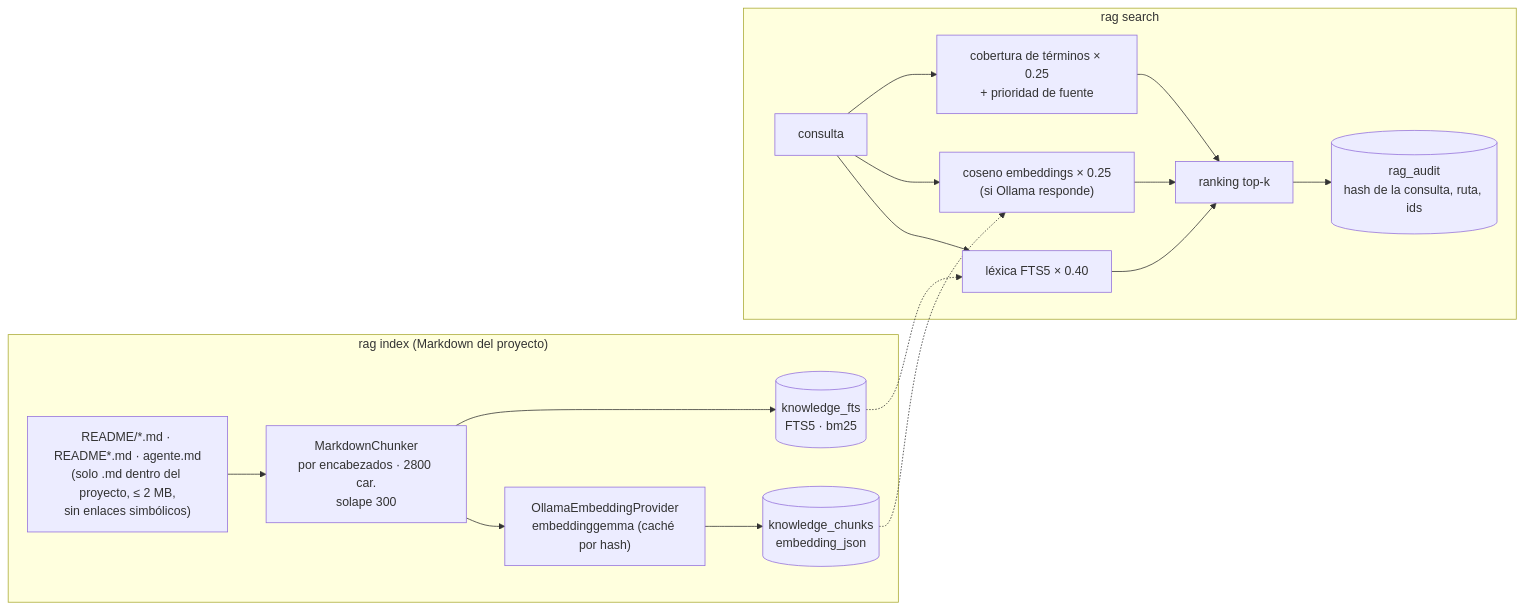
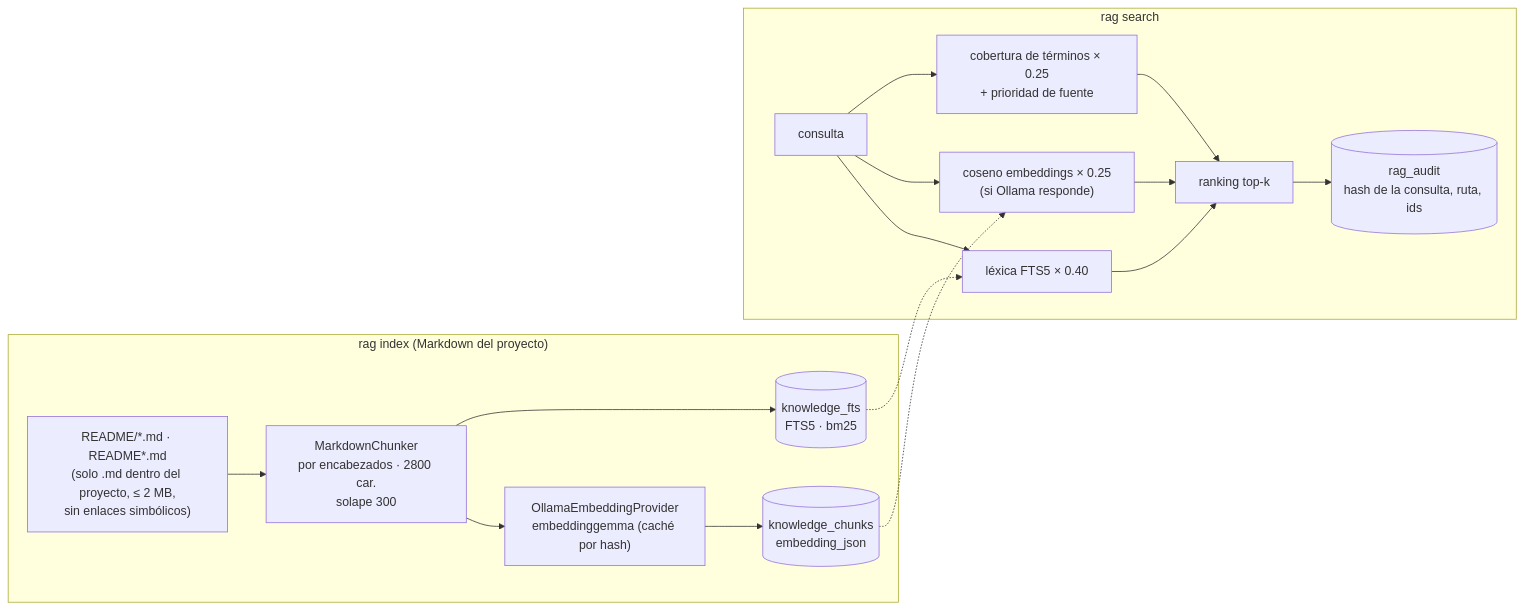
One commit to lindecode/Atalaya changed the sixth of 8 diagrams in README/README.arqu.md. Above: the diagram before and after it, drawn with Mermaid. The commit also changed other lines of this file and 7 other files, not shown here.

````diff
--- a/README/README.arqu.md
+++ b/README/README.arqu.md
@@ -204,23 +204,23 @@
 ```mermaid
 flowchart LR
     subgraph IDX["rag index (Markdown del proyecto)"]
-        md["README/*.md · README*.md · agente.md<br/>(solo .md dentro del proyecto, ≤ 2 MB,<br/>sin enlaces simbólicos)"]
+        md["README/*.md · README*.md<br/>(solo .md dentro del proyecto, ≤ 2 MB,<br/>sin enlaces simbólicos)"]
         md --> chunk["MarkdownChunker<br/>por encabezados · 2800 car.<br/>solape 300"]
         chunk --> emb["OllamaEmbeddingProvider<br/>embeddinggemma (caché por hash)"]
         chunk --> fts[("knowledge_fts<br/>FTS5 · bm25")]
         emb --> kc[("knowledge_chunks<br/>embedding_json")]
     end
 
     subgraph SRCH["rag search"]
         query["consulta"] --> lex["léxica FTS5 × 0.40"]
         query --> vec["coseno embeddings × 0.25<br/>(si Ollama responde)"]
         query --> cov["cobertura de términos × 0.25<br/>+ prioridad de fuente"]
         lex --> rank["ranking top-k"]
         vec --> rank
         cov --> rank
         rank --> audit[("rag_audit<br/>hash de la consulta, ruta, ids")]
     end
 
     fts -.-> lex
     kc -.-> vec
 ```
````
